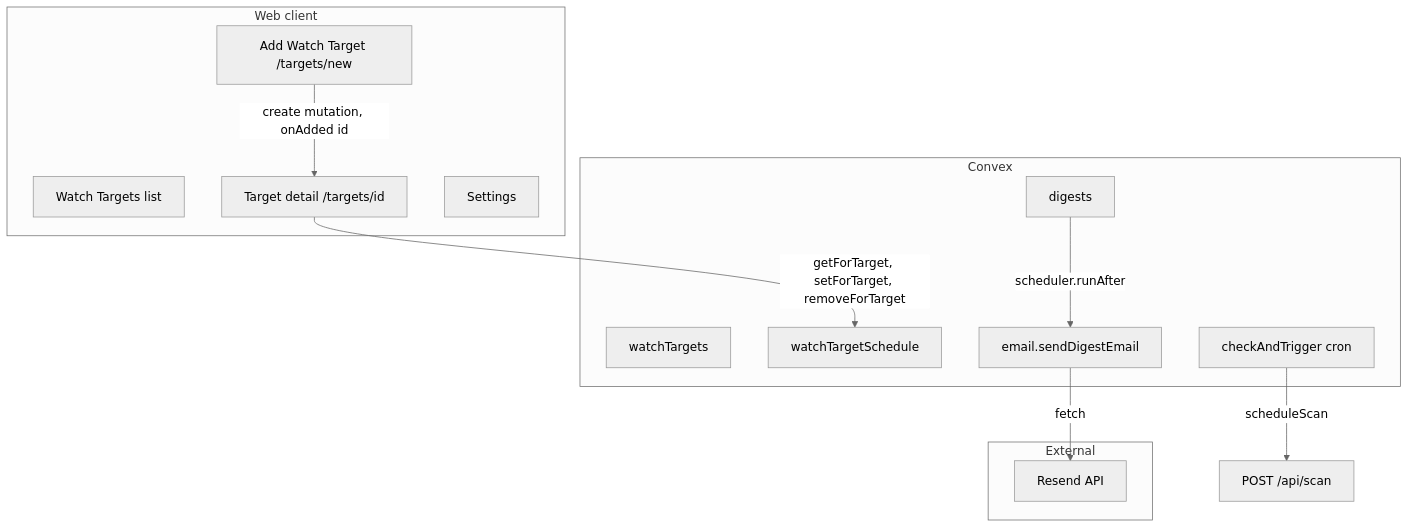
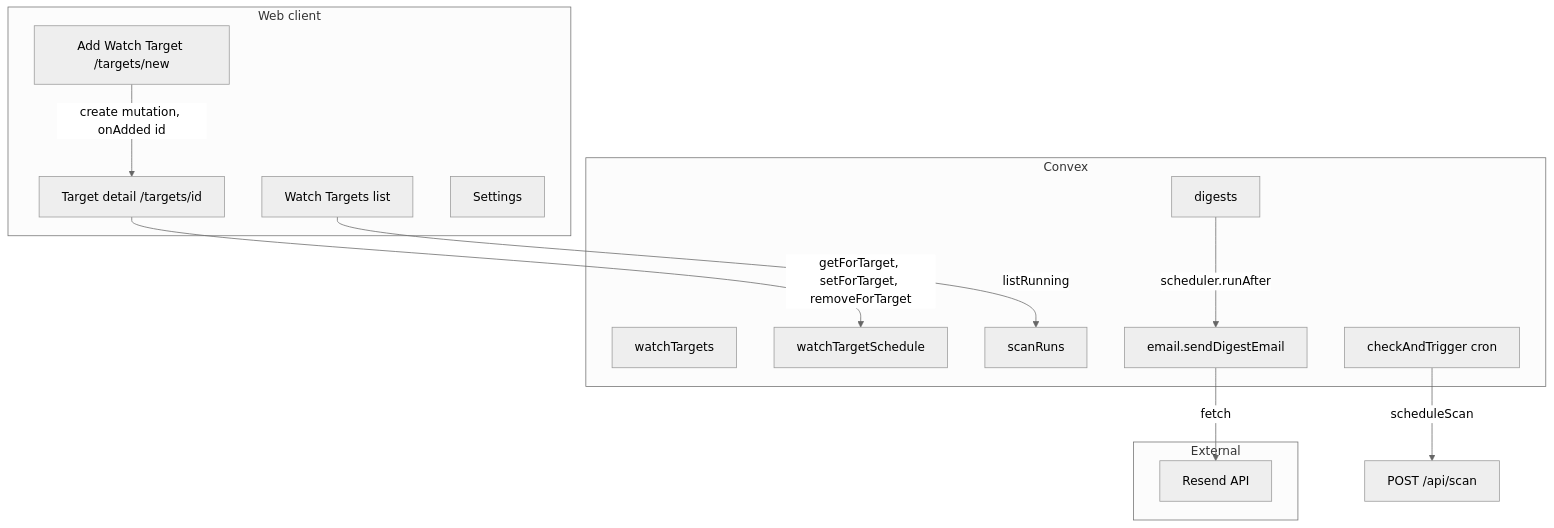
Before and after one commit to nll-ai/compass: the diagram in docs/HLD.md, drawn with Mermaid (neutral theme). The commit also changed other lines of this file and 8 other files, not shown here.

First line of the commit message:
Running scans on Watch Targets, design doc sync, email tracing

````diff
--- a/docs/HLD.md
+++ b/docs/HLD.md
@@ -73,27 +74,29 @@
 ```mermaid
 flowchart TB
   subgraph client [Web client]
     TargetsPage[Watch Targets list]
     NewTarget[Add Watch Target /targets/new]
     TargetDetail[Target detail /targets/id]
     Settings[Settings]
   end
 
   subgraph convex [Convex]
     WT[watchTargets]
     WTS[watchTargetSchedule]
+    scanRuns[scanRuns]
     Digests[digests]
     EmailAction[email.sendDigestEmail]
     Cron[checkAndTrigger cron]
   end
 
   subgraph external [External]
     Resend[Resend API]
   end
 
   NewTarget -->|create mutation, onAdded id| TargetDetail
   TargetDetail -->|getForTarget, setForTarget, removeForTarget| WTS
+  TargetsPage -->|listRunning| scanRuns[scanRuns]
   Cron -->|scheduleScan| ScanAPI[POST /api/scan]
   Digests -->|scheduler.runAfter| EmailAction
   EmailAction -->|fetch| Resend
 ```
````
